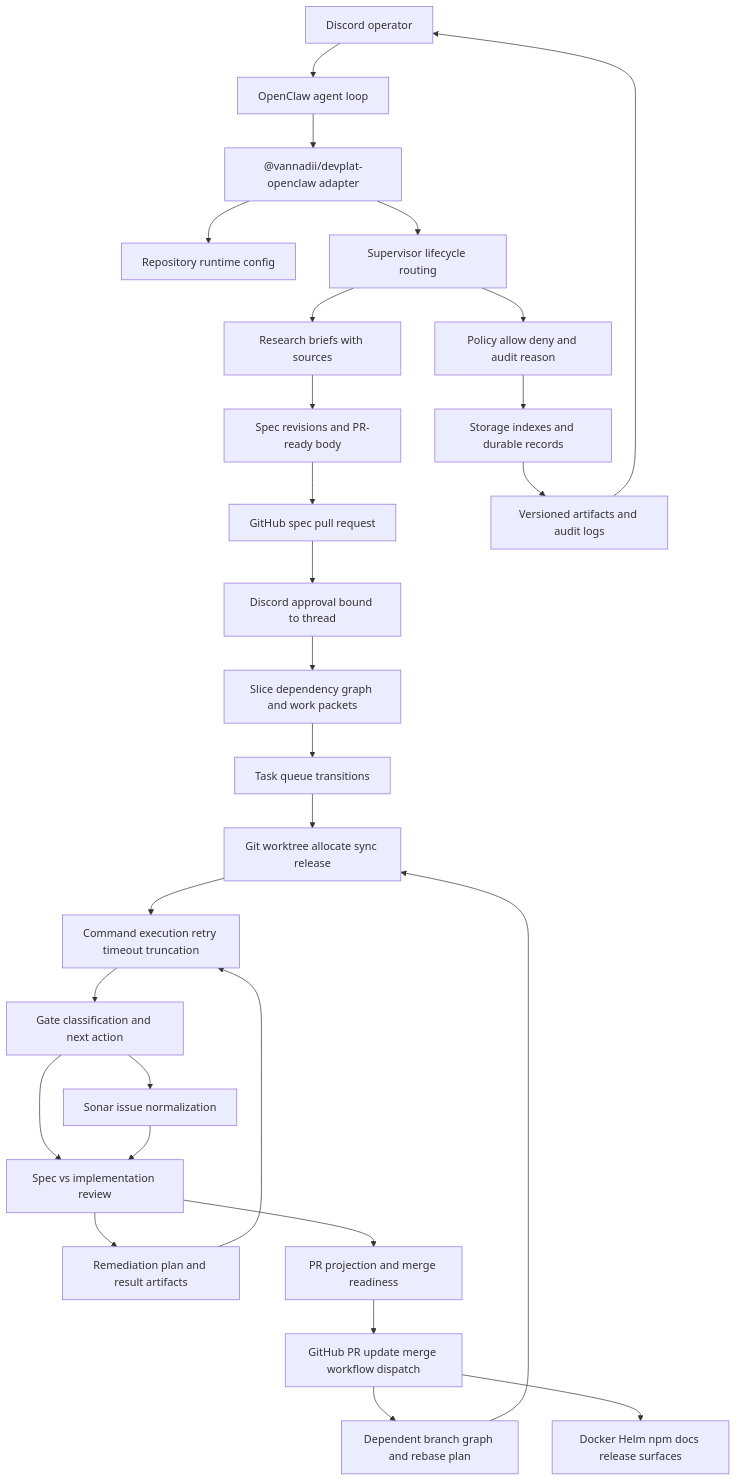
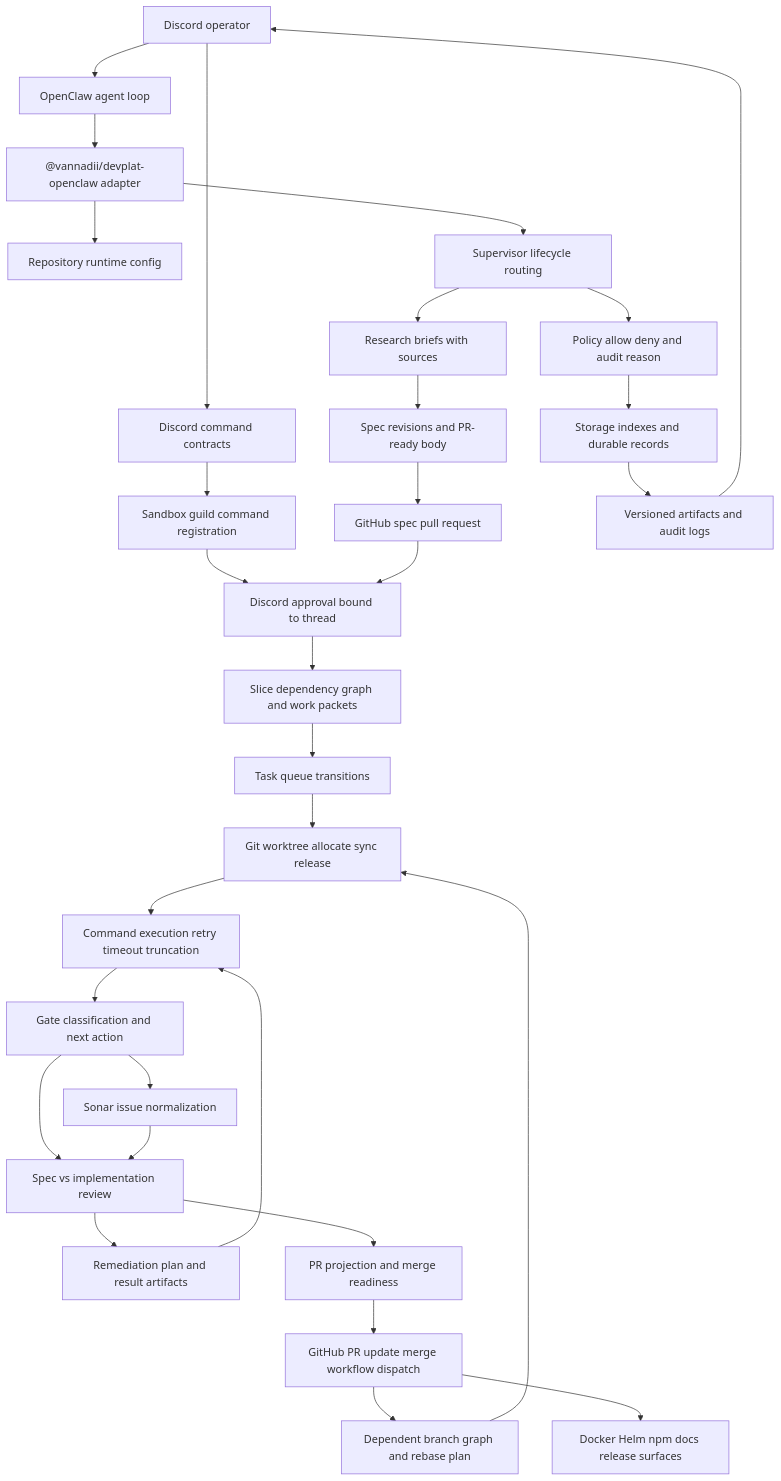
The diagram in README.md (VannaDii/ironloom), drawn with Mermaid before and after one commit. The commit also changed 18 other files, not shown here.

Commit message:
feat: register Discord live-lab commands

````diff
--- a/README.md
+++ b/README.md
@@ -14,30 +14,33 @@
 ```mermaid
 flowchart TD
   Operator[Discord operator] --> OpenClaw[OpenClaw agent loop]
+  Operator --> Commands[Discord command contracts]
+  Commands --> DiscordGuild[Sandbox guild command registration]
+  DiscordGuild --> Approval
   OpenClaw --> Adapter["@vannadii/devplat-openclaw adapter"]
   Adapter --> Config[Repository runtime config]
   Adapter --> Supervisor[Supervisor lifecycle routing]
   Supervisor --> Policy[Policy allow deny and audit reason]
   Policy --> Storage[Storage indexes and durable records]
   Supervisor --> Research[Research briefs with sources]
   Research --> Specs[Spec revisions and PR-ready body]
   Specs --> GitHubSpec[GitHub spec pull request]
   GitHubSpec --> Approval[Discord approval bound to thread]
   Approval --> Slicing[Slice dependency graph and work packets]
   Slicing --> Queue[Task queue transitions]
   Queue --> Worktrees[Git worktree allocate sync release]
   Worktrees --> Execution[Command execution retry timeout truncation]
   Execution --> Gates[Gate classification and next action]
   Gates --> Sonar[Sonar issue normalization]
   Gates --> Review[Spec vs implementation review]
   Sonar --> Review
   Review --> Remediation[Remediation plan and result artifacts]
   Remediation --> Execution
   Review --> PRs[PR projection and merge readiness]
   PRs --> GitHubPR[GitHub PR update merge workflow dispatch]
   GitHubPR --> Branching[Dependent branch graph and rebase plan]
   Branching --> Worktrees
   GitHubPR --> Publishing[Docker Helm npm docs release surfaces]
   Storage --> Artifacts[Versioned artifacts and audit logs]
   Artifacts --> Operator
 ```
````
